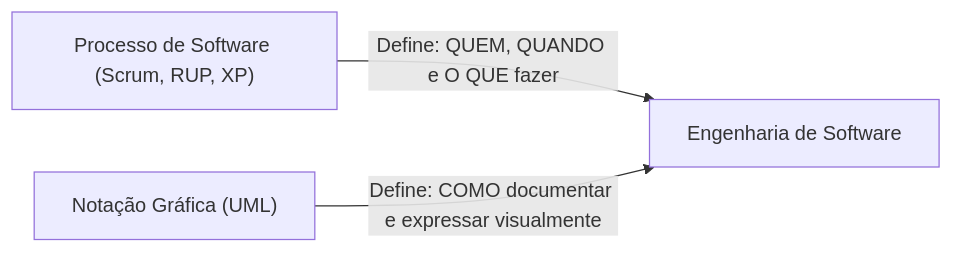
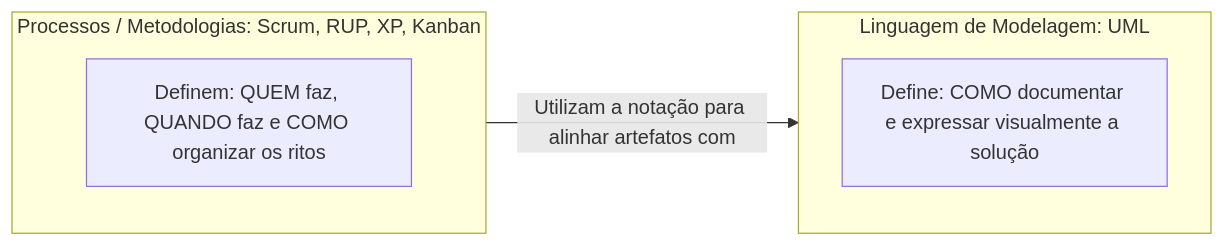
One commit to murilolol/unifef changed the tenth of 30 diagrams in 4º Semestre/[Prof. Wesley Soares] Engenharia de Software II/Resumos-IA/Caderno-Consolidado.md. Above: the diagram before and after it, drawn with Mermaid. The commit also changed other lines of this file and 58 other files, not shown here.

````diff
--- a/4º Semestre/[Prof. Wesley Soares] Engenharia de Software II/Resumos-IA/Caderno-Consolidado.md
+++ b/4º Semestre/[Prof. Wesley Soares] Engenharia de Software II/Resumos-IA/Caderno-Consolidado.md
@@ -549,5 +424,12 @@
 ```mermaid
 flowchart LR
-  P["Processo de Software (Scrum, RUP, XP)"] -->|"Define: QUEM, QUANDO e O QUE fazer"| ES["Engenharia de Software"]
-  U["Notação Gráfica (UML)"] -->|"Define: COMO documentar e expressar visualmente"| ES
+  subgraph Metodologias["Processos / Metodologias: Scrum, RUP, XP, Kanban"]
+    M1["Definem: QUEM faz, QUANDO faz e COMO organizar os ritos"]
+  end
+
+  subgraph Notacao["Linguagem de Modelagem: UML"]
+    U1["Define: COMO documentar e expressar visualmente a solução"]
+  end
+
+  Metodologias -->|"Utilizam a notação para alinhar artefatos com"| Notacao
 ```
````
